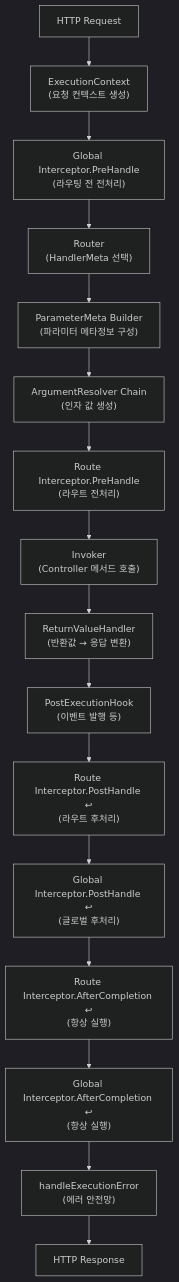
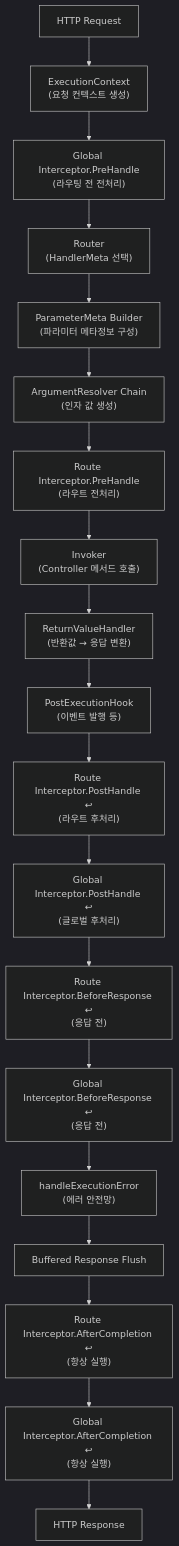
Before and after one commit to NARUBROWN/spine-site: the diagram in docs/ko/learn/core-concepts/pipeline.md, drawn with Mermaid (dark theme). The commit also changed other lines of this file and 102 other files, not shown here.

````diff
--- a/docs/ko/learn/core-concepts/pipeline.md
+++ b/docs/ko/learn/core-concepts/pipeline.md
@@ -12,36 +12,42 @@
 ```mermaid
 graph TD
     Request["HTTP Request"]
     
     ExecutionContext["ExecutionContext<br>(요청 컨텍스트 생성)"]
     GlobalPre["Global Interceptor.PreHandle<br>(라우팅 전 전처리)"]
     Router["Router<br>(HandlerMeta 선택)"]
     ParamMeta["ParameterMeta Builder<br>(파라미터 메타정보 구성)"]
     ArgResolver["ArgumentResolver Chain<br>(인자 값 생성)"]
     RoutePre["Route Interceptor.PreHandle<br>(라우트 전처리)"]
     Invoker["Invoker<br>(Controller 메서드 호출)"]
     ReturnHandler["ReturnValueHandler<br>(반환값 → 응답 변환)"]
     PostHook["PostExecutionHook<br>(이벤트 발행 등)"]
     RoutePost["Route Interceptor.PostHandle ↩<br>(라우트 후처리)"]
     GlobalPost["Global Interceptor.PostHandle ↩<br>(글로벌 후처리)"]
+    RouteBefore["Route Interceptor.BeforeResponse ↩<br>(응답 전)"]
+    GlobalBefore["Global Interceptor.BeforeResponse ↩<br>(응답 전)"]
+    Flush["Buffered Response Flush"]
     RouteAfter["Route Interceptor.AfterCompletion ↩<br>(항상 실행)"]
     GlobalAfter["Global Interceptor.AfterCompletion ↩<br>(항상 실행)"]
     ErrorHandler["handleExecutionError<br>(에러 안전망)"]
     Response["HTTP Response"]
 
     Request --> ExecutionContext
     ExecutionContext --> GlobalPre
     GlobalPre --> Router
     Router --> ParamMeta
     ParamMeta --> ArgResolver
     ArgResolver --> RoutePre
     RoutePre --> Invoker
     Invoker --> ReturnHandler
     ReturnHandler --> PostHook
     PostHook --> RoutePost
     RoutePost --> GlobalPost
-    GlobalPost --> RouteAfter
+    GlobalPost --> RouteBefore
+    RouteBefore --> GlobalBefore
+    GlobalBefore --> ErrorHandler
+    ErrorHandler --> Flush
+    Flush --> RouteAfter
     RouteAfter --> GlobalAfter
-    GlobalAfter --> ErrorHandler
-    ErrorHandler --> Response
+    GlobalAfter --> Response
 ```
````
